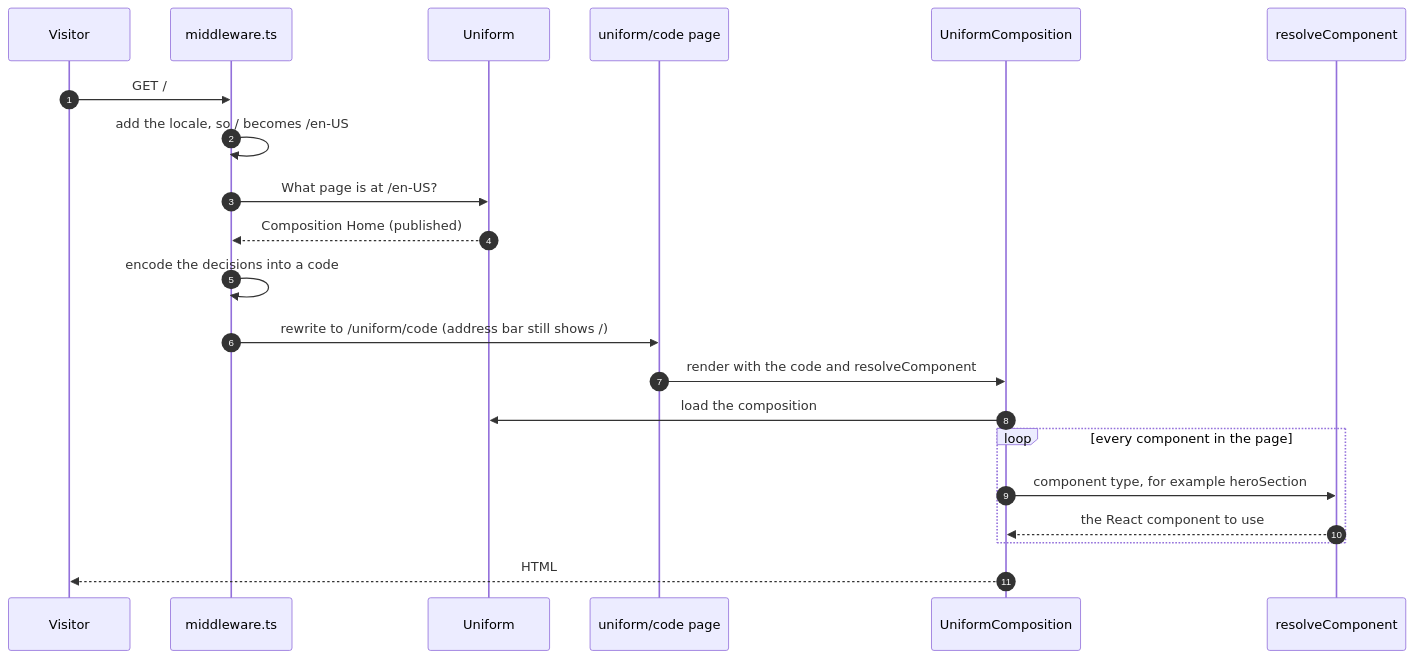
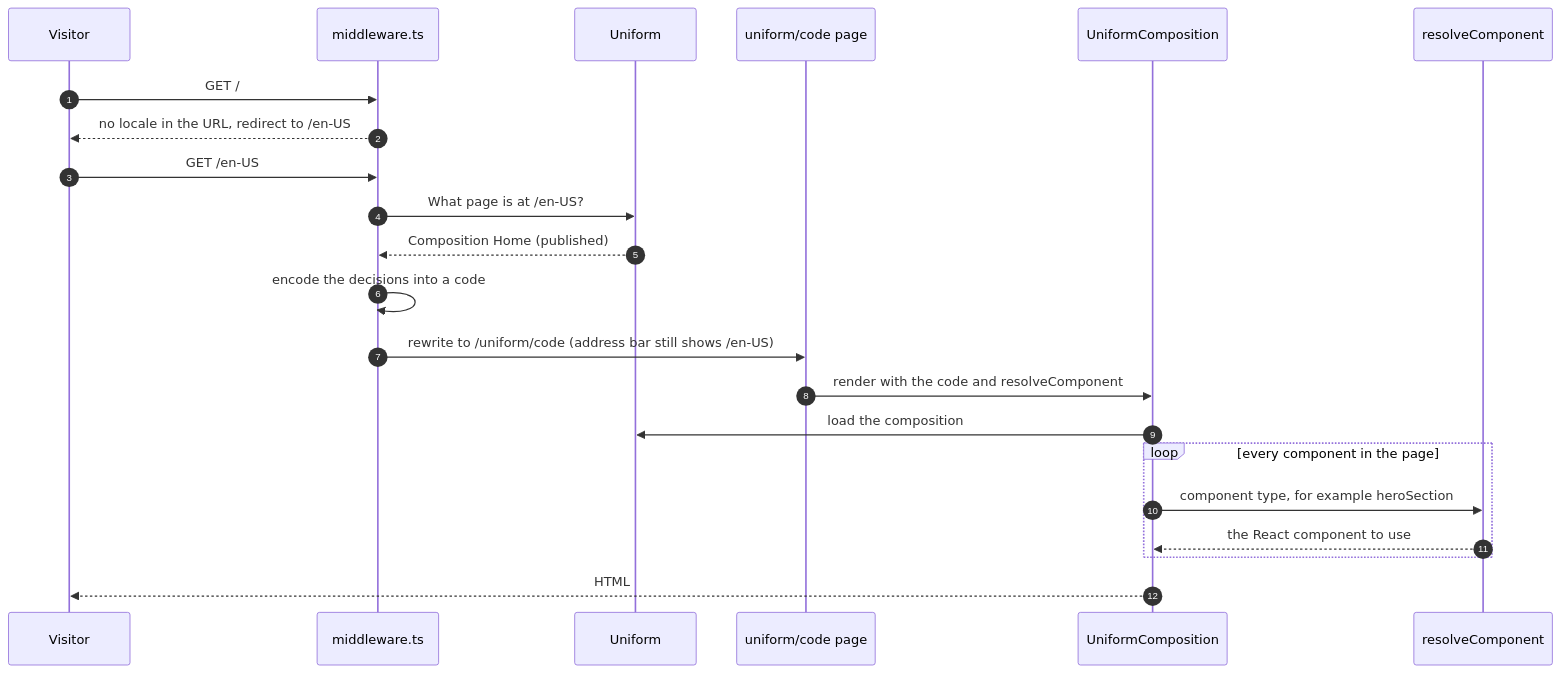
The second of 6 diagrams in docs/architecture.md (curletteDX/summit-and-stone-app-router), drawn with Mermaid before and after one commit. The commit also changed other lines of this file and 3 other files, not shown here.

First line of the commit message:
Step 2: Redirect to a supported locale in the middleware

````diff
--- a/docs/architecture.md
+++ b/docs/architecture.md
@@ -44,24 +44,25 @@
 ```mermaid
 sequenceDiagram
   autonumber
   participant V as Visitor
   participant M as middleware.ts
   participant U as Uniform
   participant P as uniform/code page
   participant C as UniformComposition
   participant R as resolveComponent
 
   V->>M: GET /
-  M->>M: add the locale, so / becomes /en-US
+  M-->>V: no locale in the URL, redirect to /en-US
+  V->>M: GET /en-US
   M->>U: What page is at /en-US?
   U-->>M: Composition Home (published)
   M->>M: encode the decisions into a code
-  M->>P: rewrite to /uniform/code (address bar still shows /)
+  M->>P: rewrite to /uniform/code (address bar still shows /en-US)
   P->>C: render with the code and resolveComponent
   C->>U: load the composition
   loop every component in the page
     C->>R: component type, for example heroSection
     R-->>C: the React component to use
   end
   C-->>V: HTML
 ```
````
